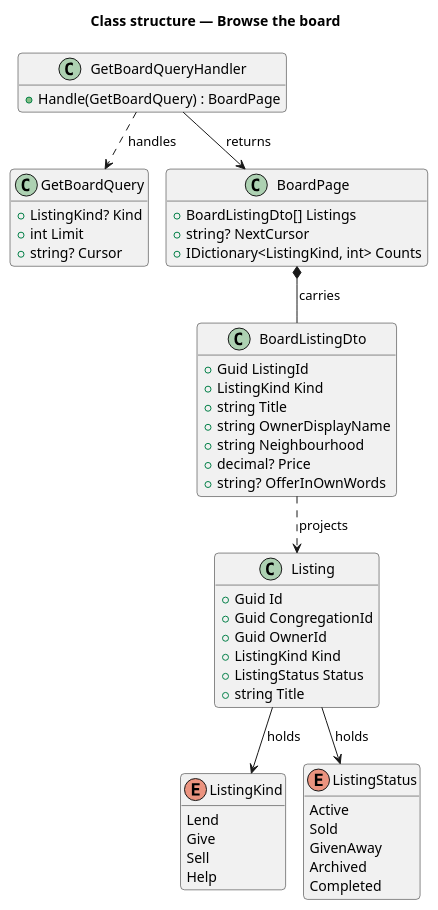
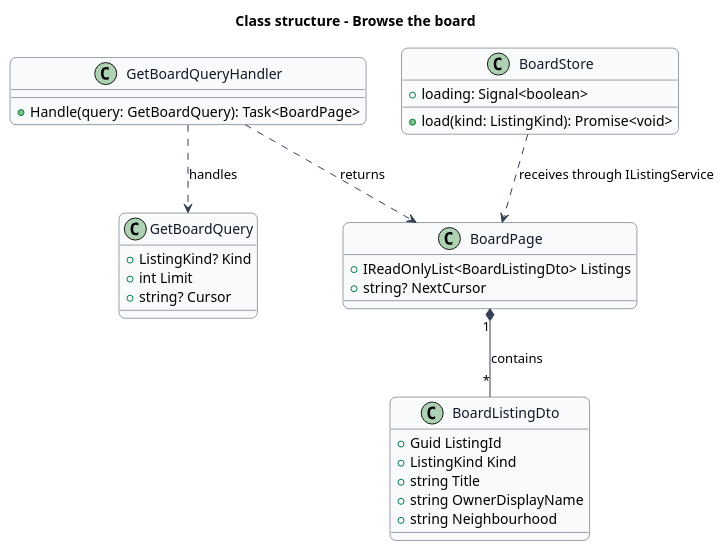
The diagram in docs/detailed-designs/board/browse-the-board/diagrams/class-structure.puml (QuinntyneBrown/Barnabas), drawn with PlantUML before and after one commit. The commit also changed 511 other files, not shown here.

```diff
--- a/docs/detailed-designs/board/browse-the-board/diagrams/class-structure.puml
+++ b/docs/detailed-designs/board/browse-the-board/diagrams/class-structure.puml
@@ -1,60 +1,49 @@
 @startuml
-!pragma layout smetana
-title Class structure — Browse the board
 skinparam backgroundColor #FFFFFF
 skinparam shadowing false
-skinparam roundcorner 8
+skinparam roundcorner 12
 skinparam defaultFontName Arial
-hide empty members
-
+skinparam ArrowColor #344054
+skinparam rectangle {
+  BorderColor #344054
+  FontColor #101828
+}
+skinparam package {
+  BorderColor #667085
+  FontColor #101828
+  BackgroundColor #F9FAFB
+}
+skinparam class {
+  BorderColor #344054
+  FontColor #101828
+  BackgroundColor #F9FAFB
+}
+title Class structure - Browse the board
 class GetBoardQuery {
   +ListingKind? Kind
   +int Limit
   +string? Cursor
 }
 class GetBoardQueryHandler {
-  +Handle(GetBoardQuery) : BoardPage
+  +Handle(query: GetBoardQuery): Task<BoardPage>
 }
 class BoardPage {
-  +BoardListingDto[] Listings
+  +IReadOnlyList<BoardListingDto> Listings
   +string? NextCursor
-  +IDictionary<ListingKind, int> Counts
 }
 class BoardListingDto {
   +Guid ListingId
   +ListingKind Kind
   +string Title
   +string OwnerDisplayName
   +string Neighbourhood
-  +decimal? Price
-  +string? OfferInOwnWords
 }
-class Listing {
-  +Guid Id
-  +Guid CongregationId
-  +Guid OwnerId
-  +ListingKind Kind
-  +ListingStatus Status
-  +string Title
+class BoardStore {
+  +loading: Signal<boolean>
+  +load(kind: ListingKind): Promise<void>
 }
-enum ListingKind {
-  Lend
-  Give
-  Sell
-  Help
-}
-enum ListingStatus {
-  Active
-  Sold
-  GivenAway
-  Archived
-  Completed
-}
-
 GetBoardQueryHandler ..> GetBoardQuery : handles
-GetBoardQueryHandler --> BoardPage : returns
-BoardPage *-- BoardListingDto : carries
-BoardListingDto ..> Listing : projects
-Listing --> ListingKind : holds
-Listing --> ListingStatus : holds
+GetBoardQueryHandler ..> BoardPage : returns
+BoardPage "1" *-- "*" BoardListingDto : contains
+BoardStore ..> BoardPage : receives through IListingService
 @enduml
```
